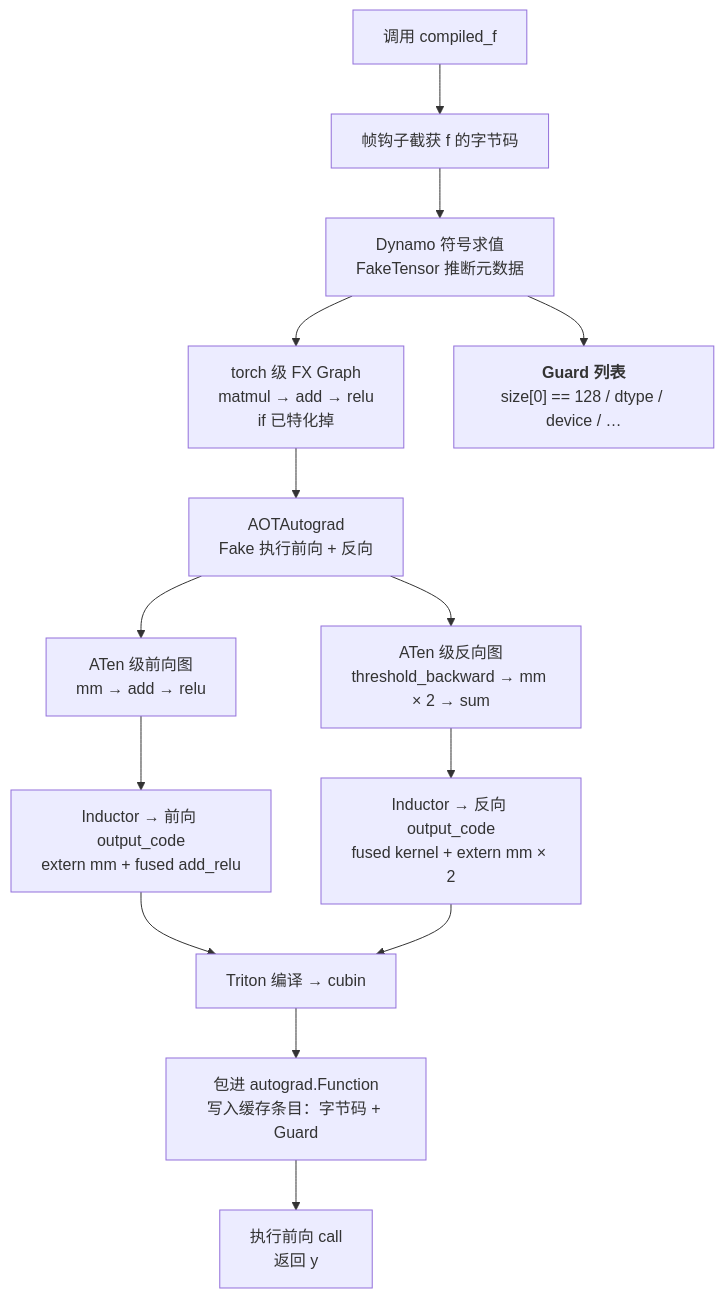
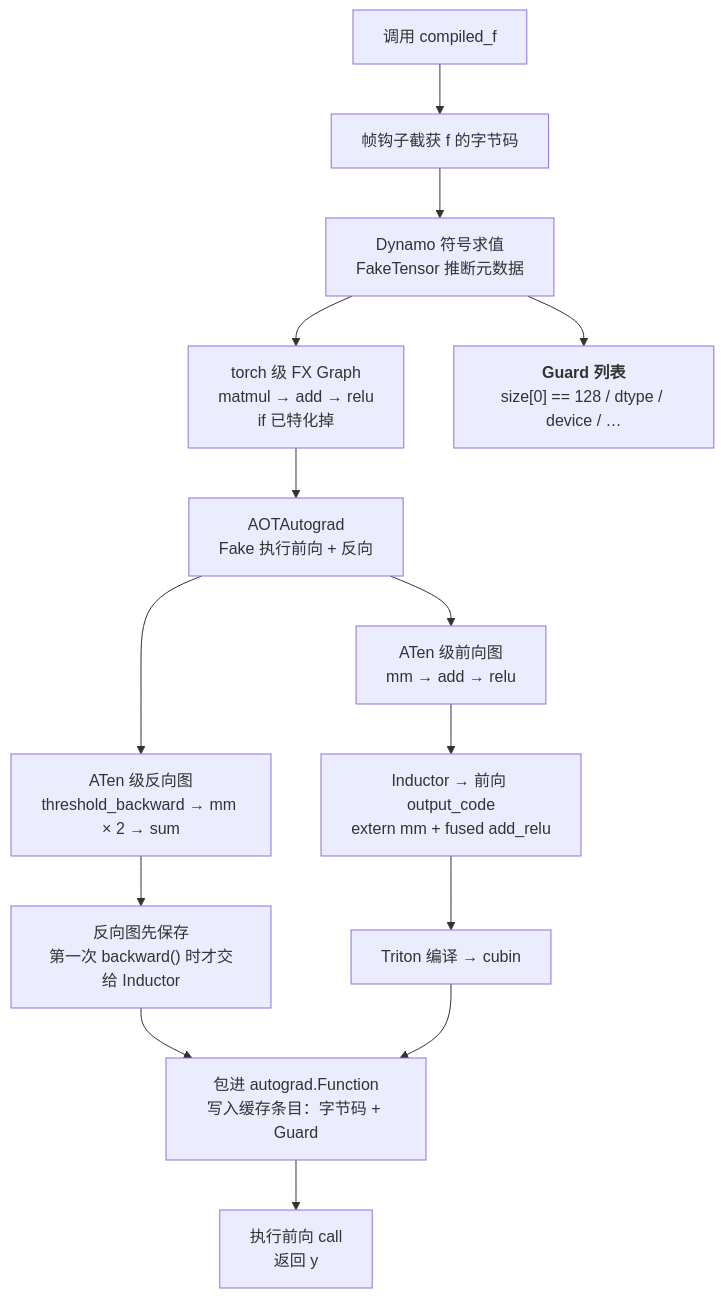
One commit to arganzheng/arganzheng.github.com changed the tenth of 12 diagrams in _posts/2026-02-23-pytorch-compilation-and-graph-optimization.md. Above: the diagram before and after it, drawn with Mermaid. The commit also changed other lines of this file and 5 other files, not shown here.

First line of the commit message:
PyTorch 编译执行与图优化：按 16 条划线评论修改，补三张数据结构图（Discussion #372）

````diff
--- a/_posts/2026-02-23-pytorch-compilation-and-graph-optimization.md
+++ b/_posts/2026-02-23-pytorch-compilation-and-graph-optimization.md
@@ -1181,17 +1281,17 @@
 ```mermaid
 %% 图：第一次调用的冷编译：帧钩子截获字节码，Dynamo → AOTAutograd → Inductor → Triton，真实数据只在最后一步被读取
 flowchart TB
     A[调用 compiled_f] --> B[帧钩子截获 f 的字节码]
     B --> C[Dynamo 符号求值<br/>FakeTensor 推断元数据]
     C --> D[torch 级 FX Graph<br/>matmul → add → relu<br/>if 已特化掉]
     C --> G["<b>Guard 列表</b><br/>size#91;0#93; == 128 / dtype / device / …"]
     D --> E[AOTAutograd<br/>Fake 执行前向 + 反向]
     E --> F1[ATen 级前向图<br/>mm → add → relu]
     E --> F2[ATen 级反向图<br/>threshold_backward → mm × 2 → sum]
     F1 --> H1[Inductor → 前向 output_code<br/>extern mm + fused add_relu]
-    F2 --> H2[Inductor → 反向 output_code<br/>fused kernel + extern mm × 2]
+    F2 --> H2["反向图先保存<br/>第一次 backward() 时才交给 Inductor"]
     H1 --> T[Triton 编译 → cubin]
-    H2 --> T
+    H2 --> W
     T --> W[包进 autograd.Function<br/>写入缓存条目：字节码 + Guard]
     W --> R[执行前向 call<br/>返回 y]
 ```
````
